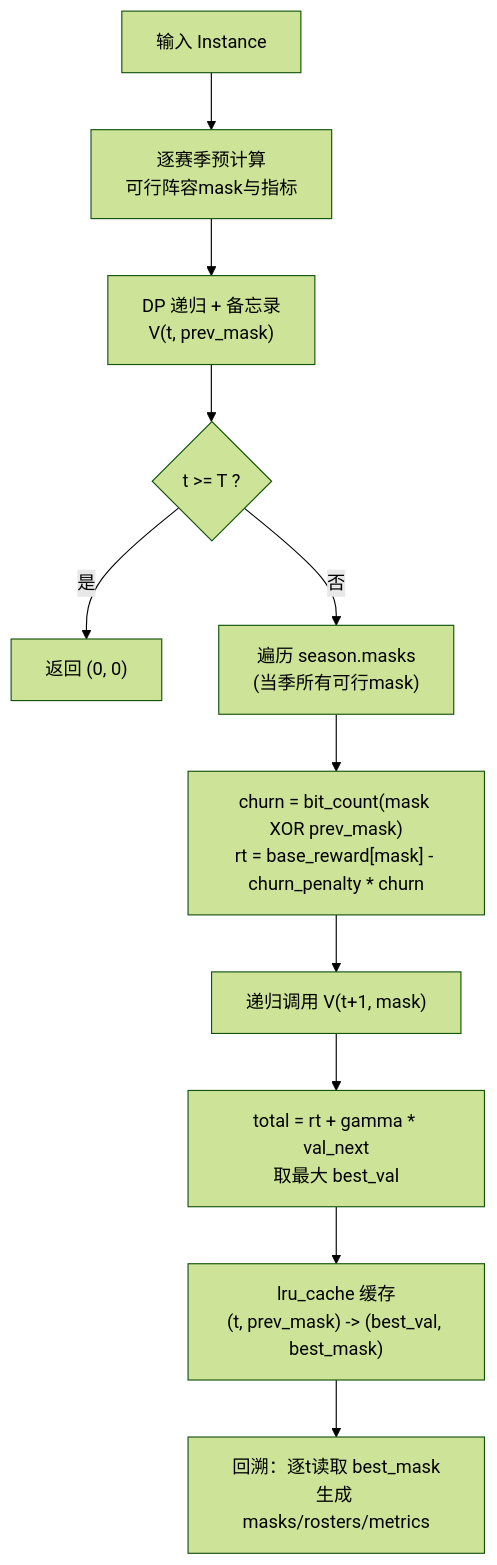
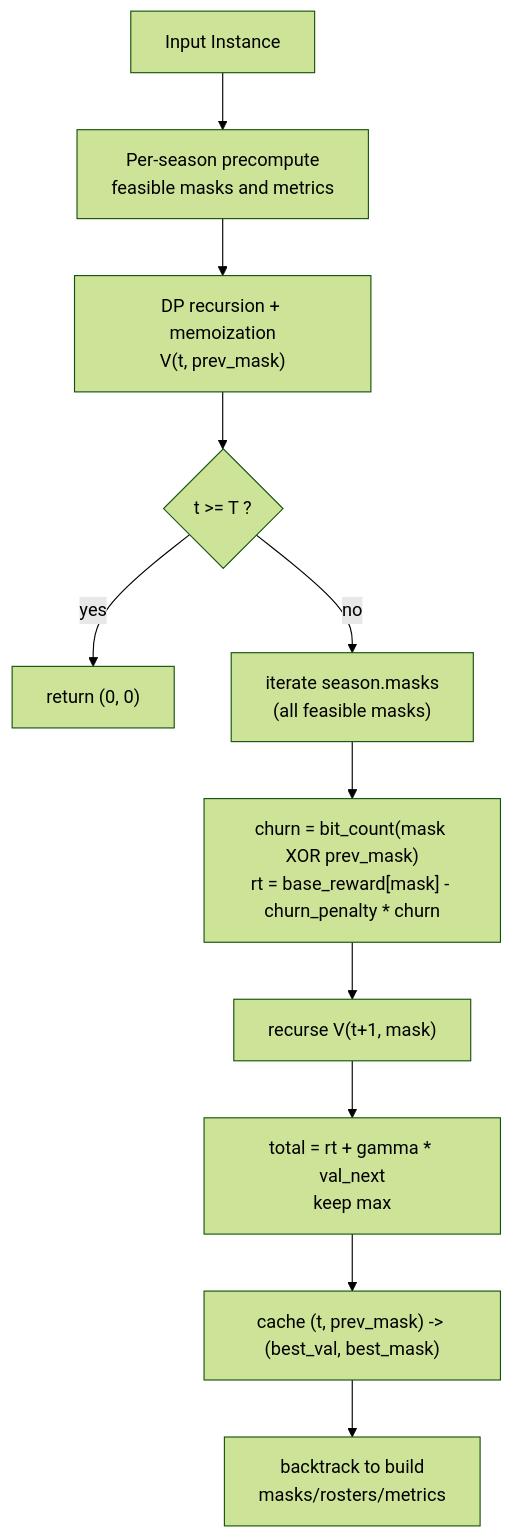
The first of 3 diagrams in traditional_solution.md (haomingbai/mcm_2026_d), drawn with Mermaid (forest theme) before and after one commit. The commit also changed other lines of this file and 12 other files, not shown here.

````diff
--- a/traditional_solution.md
+++ b/traditional_solution.md
@@ -99,13 +108,13 @@
 ```mermaid
 flowchart TD
-   A["输入 Instance"] --> B["逐赛季预计算\n可行阵容mask与指标"]
-   B --> C["DP 递归 + 备忘录\nV(t, prev_mask)"]
+   A["Input Instance"] --> B["Per-season precompute\nfeasible masks and metrics"]
+   B --> C["DP recursion + memoization\nV(t, prev_mask)"]
    C --> D{"t >= T ?"}
-   D -- "是" --> E["返回 (0, 0)"]
-   D -- "否" --> F["遍历 season.masks\n(当季所有可行mask)"]
+   D -- "yes" --> E["return (0, 0)"]
+   D -- "no" --> F["iterate season.masks\n(all feasible masks)"]
    F --> G["churn = bit_count(mask XOR prev_mask)\nrt = base_reward[mask] - churn_penalty * churn"]
-   G --> H["递归调用 V(t+1, mask)"]
-   H --> I["total = rt + gamma * val_next\n取最大 best_val"]
-   I --> J["lru_cache 缓存\n(t, prev_mask) -> (best_val, best_mask)"]
-   J --> K["回溯：逐t读取 best_mask\n生成 masks/rosters/metrics"]
+   G --> H["recurse V(t+1, mask)"]
+   H --> I["total = rt + gamma * val_next\nkeep max"]
+   I --> J["cache (t, prev_mask) -> (best_val, best_mask)"]
+   J --> K["backtrack to build\nmasks/rosters/metrics"]
 ```
````
